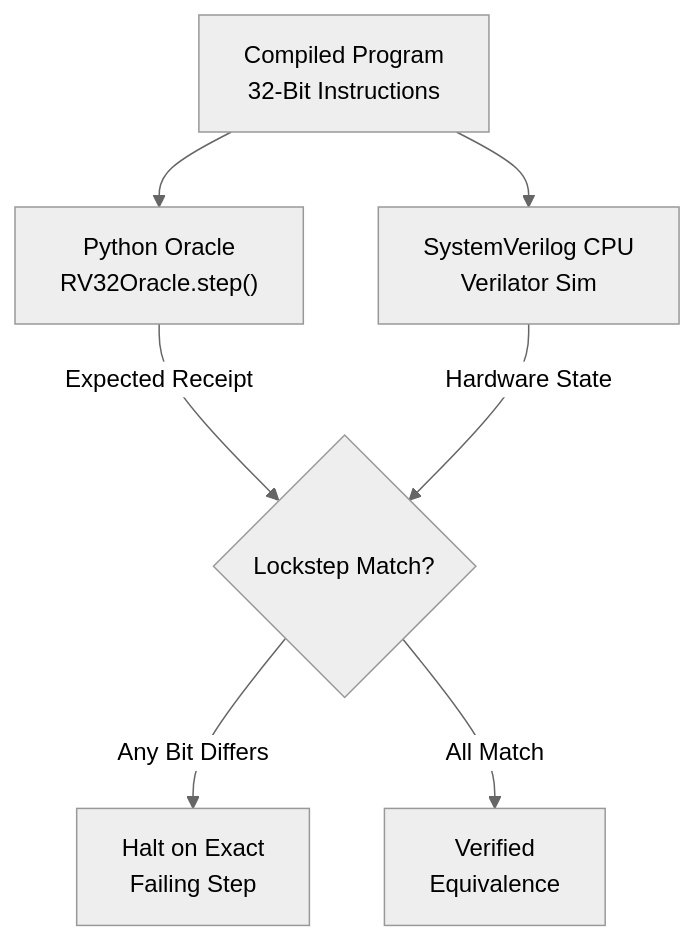
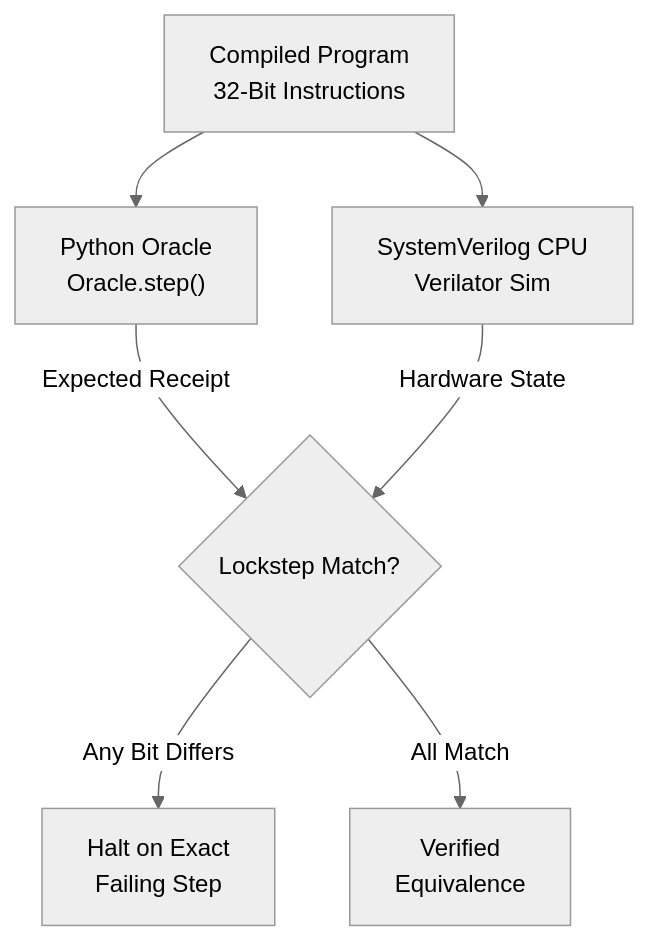
The first of 2 diagrams in systems/brain/chapters/01_isa_and_binary_arithmetic.md (Ethanex8/apex), drawn with Mermaid (neutral theme) before and after one commit. The commit also changed other lines of this file and 5 other files, not shown here.

````diff
--- a/systems/brain/chapters/01_isa_and_binary_arithmetic.md
+++ b/systems/brain/chapters/01_isa_and_binary_arithmetic.md
@@ -21,10 +21,10 @@
 ```mermaid
 flowchart TD
     PROG["Compiled Program<br/>32-Bit Instructions"]
-    PROG --> ORACLE["Python Oracle<br/>RV32Oracle.step()"]
+    PROG --> ORACLE["Python Oracle<br/>Oracle.step()"]
     PROG --> HW["SystemVerilog CPU<br/>Verilator Sim"]
     ORACLE -->|"Expected Receipt"| CMP{"Lockstep Match?"}
     HW -->|"Hardware State"| CMP
     CMP -->|"Any Bit Differs"| BUG["Halt on Exact<br/>Failing Step"]
     CMP -->|"All Match"| PASS["Verified<br/>Equivalence"]
 ```
````
